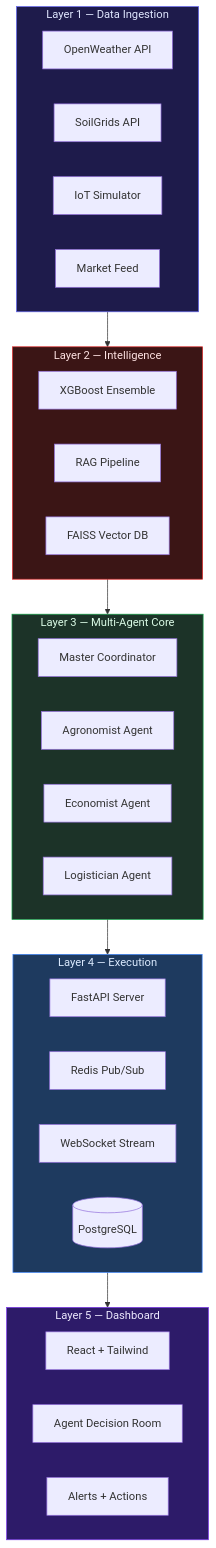
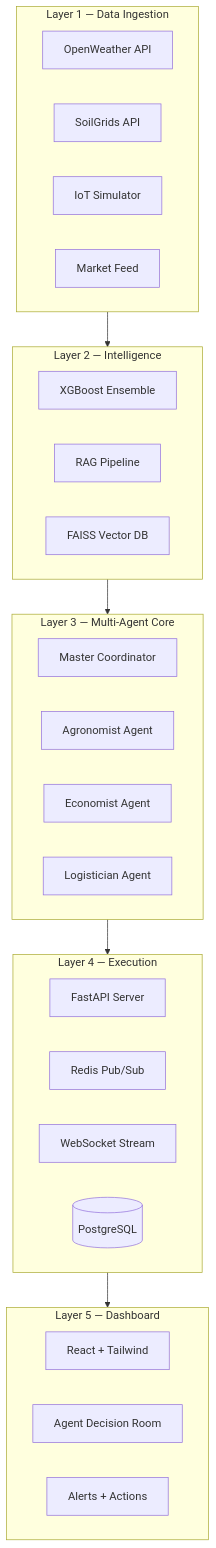
Before and after one commit to ayushjhaa1187-spec/agri_reform_vision: the second of 5 diagrams in README.md, drawn with Mermaid. The commit also changed other lines of this file, not shown here.

````diff
--- a/README.md
+++ b/README.md
@@ -136,46 +169,40 @@
 ```mermaid
 graph TB
     subgraph UX[Layer 5 — Dashboard]
         React[React + Tailwind]
         Logs[Agent Decision Room]
         Alerts[Alerts + Actions]
     end
 
     subgraph EXEC[Layer 4 — Execution]
         FastAPI[FastAPI Server]
         Redis[Redis Pub/Sub]
         WS[WebSocket Stream]
         DB[(PostgreSQL)]
     end
 
     subgraph AI[Layer 3 — Multi-Agent Core]
         Coord[Master Coordinator]
         Ag[Agronomist Agent]
         Eco[Economist Agent]
         Log[Logistician Agent]
     end
 
     subgraph ML[Layer 2 — Intelligence]
         XGB[XGBoost Ensemble]
         RAG[RAG Pipeline]
         FA[FAISS Vector DB]
     end
 
     subgraph DATA[Layer 1 — Data Ingestion]
         OWM[OpenWeather API]
         Soil[SoilGrids API]
         IoT[IoT Simulator]
         Mkt[Market Feed]
     end
 
     DATA --> ML
     ML --> AI
     AI --> EXEC
     EXEC --> UX
-
-    style UX fill:#2d1b69,stroke:#7c3aed,color:#ede9fe
-    style EXEC fill:#1e3a5f,stroke:#3b82f6,color:#dbeafe
-    style AI fill:#1c3328,stroke:#16a34a,color:#dcfce7
-    style ML fill:#3b1515,stroke:#dc2626,color:#fee2e2
-    style DATA fill:#1e1b4b,stroke:#6366f1,color:#e0e7ff
 ```
````
